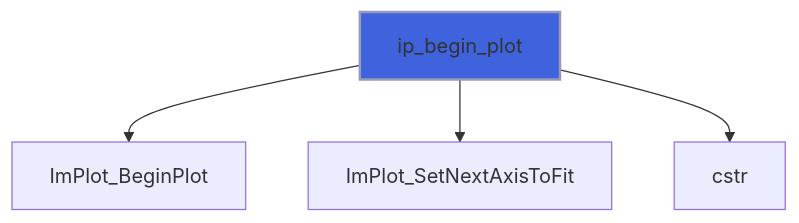
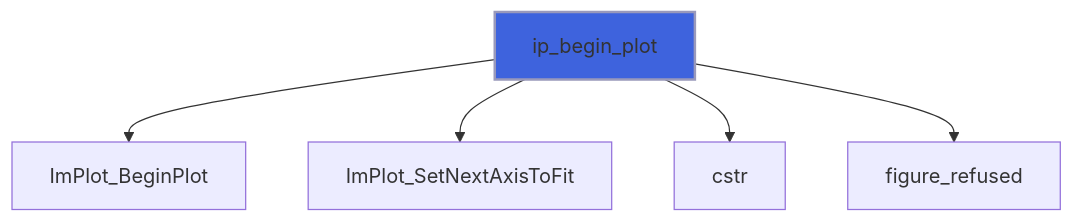
One commit to szaghi/figure changed diagram 26 of 37 in docs/api/src/lib/figure_implot.md. Above: the diagram before and after it, drawn with Mermaid. The commit also changed other lines of this file and 13 other files, not shown here.

````diff
--- a/docs/api/src/lib/figure_implot.md
+++ b/docs/api/src/lib/figure_implot.md
@@ -902,7 +902,8 @@
 ```mermaid
 flowchart TD
   ip_begin_plot["ip_begin_plot"] --> ImPlot_BeginPlot["ImPlot_BeginPlot"]
   ip_begin_plot["ip_begin_plot"] --> ImPlot_SetNextAxisToFit["ImPlot_SetNextAxisToFit"]
   ip_begin_plot["ip_begin_plot"] --> cstr["cstr"]
+  ip_begin_plot["ip_begin_plot"] --> figure_refused["figure_refused"]
   style ip_begin_plot fill:#3e63dd,stroke:#99b,stroke-width:2px
 ```
````
